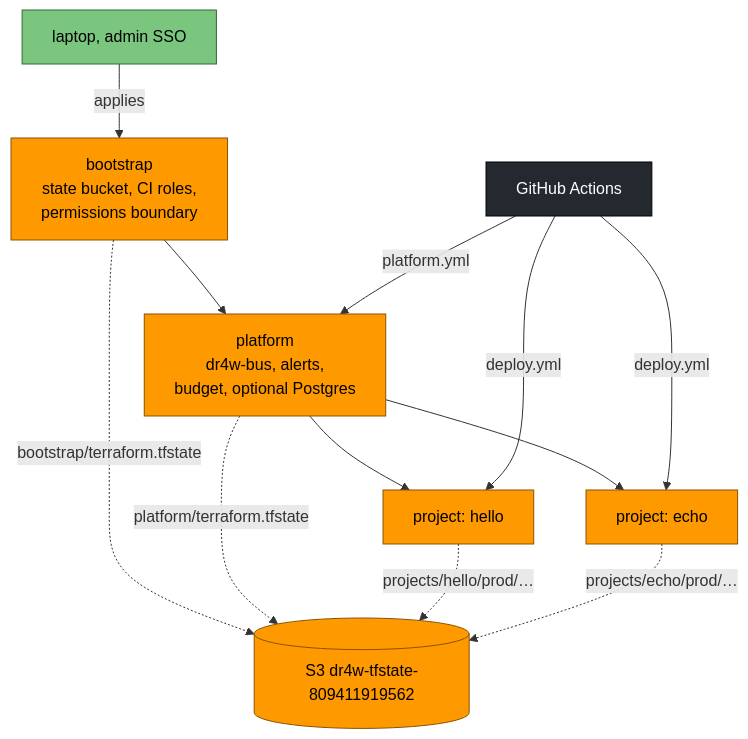
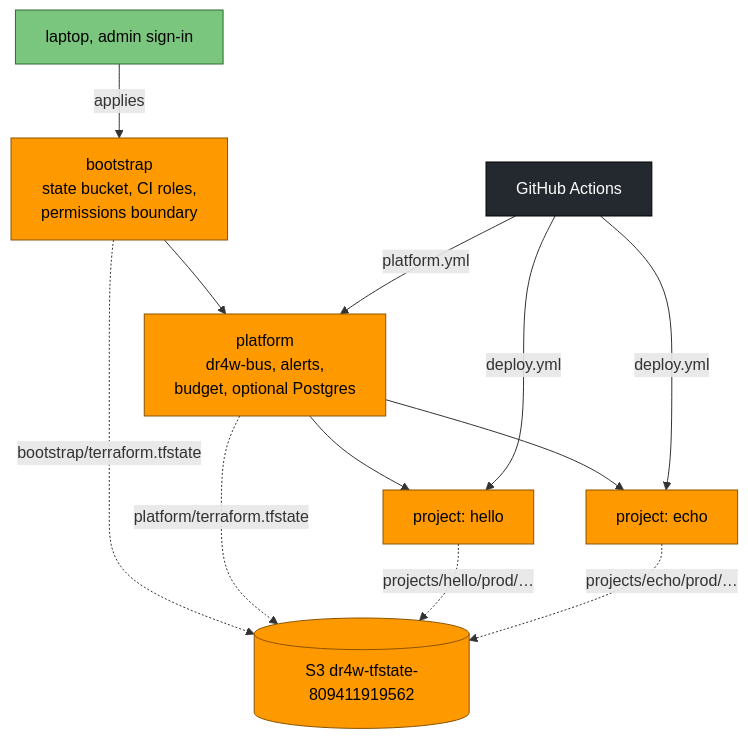
One commit to Dr4wOne/dr4w changed the first of 2 diagrams in docs/handbook/07-infrastructure-as-code.md. Above: the diagram before and after it, drawn with Mermaid. The commit also changed other lines of this file and 28 other files, not shown here.

````diff
--- a/docs/handbook/07-infrastructure-as-code.md
+++ b/docs/handbook/07-infrastructure-as-code.md
@@ -25,21 +26,21 @@
 ```mermaid
 flowchart TB
   b["bootstrap<br/>state bucket, CI roles,<br/>permissions boundary"]:::aws
   p["platform<br/>dr4w-bus, alerts,<br/>budget, optional Postgres"]:::aws
   h["project: hello"]:::aws
   e["project: echo"]:::aws
   s[("S3 dr4w-tfstate-809411919562")]:::aws
   b --> p --> h
   p --> e
   b -.->|bootstrap/terraform.tfstate| s
   p -.->|platform/terraform.tfstate| s
   h -.->|projects/hello/prod/…| s
   e -.->|projects/echo/prod/…| s
-  lap["laptop, admin SSO"]:::local -->|applies| b
+  lap["laptop, admin sign-in"]:::local -->|applies| b
   ci["GitHub Actions"]:::github -->|platform.yml| p
   ci -->|deploy.yml| h
   ci -->|deploy.yml| e
   classDef aws fill:#FF9900,stroke:#8a5300,color:#000
   classDef github fill:#24292F,stroke:#000,color:#fff
   classDef local fill:#7BC67E,stroke:#2e6b30,color:#000
 ```
````
